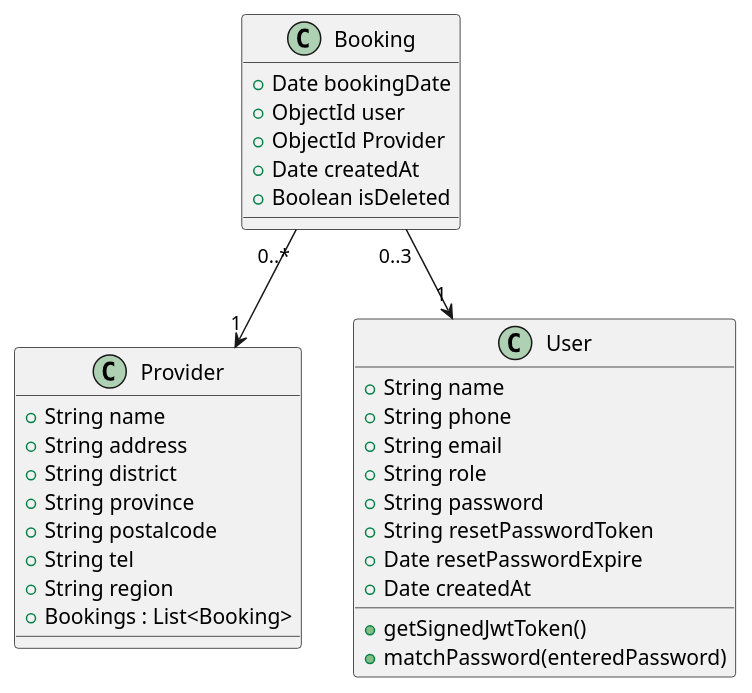
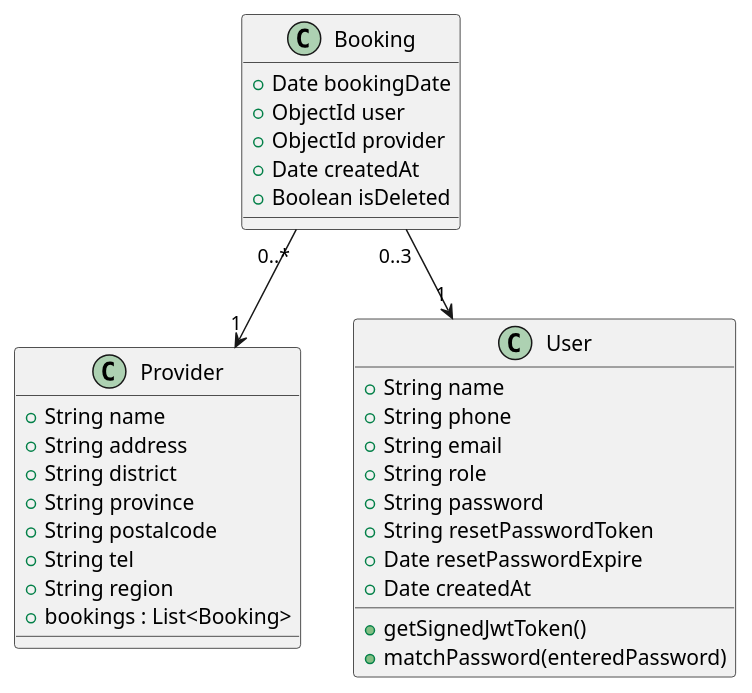
Before and after one commit to petchluvsyou/devpracproject: the diagram in utils/diagrams/class/classDiagram.puml, drawn with PlantUML. The commit also changed 1 other file, not shown here.

Commit message:
fix: class diagram

```diff
--- a/utils/diagrams/class/classDiagram.puml
+++ b/utils/diagrams/class/classDiagram.puml
@@ -1,40 +1,40 @@
 @startuml classDiagram
 
 ' --- Classes ---
 class Booking {
   +Date bookingDate
   +ObjectId user
-  +ObjectId Provider
+  +ObjectId provider
   +Date createdAt
   +Boolean isDeleted
 }
 
 class Provider {
   +String name
   +String address
   +String district
   +String province
   +String postalcode
   +String tel
   +String region
-  +Bookings : List<Booking>
+  +bookings : List<Booking>
 }
 
 class User {
   +String name
   +String phone
   +String email
   +String role
   +String password
   +String resetPasswordToken
   +Date resetPasswordExpire
   +Date createdAt
   +getSignedJwtToken()
   +matchPassword(enteredPassword)
 }
 
 ' --- Relationships ---
 Booking "0..*" --> "1" Provider
 Booking "0..3" --> "1" User
 
 @enduml
```
